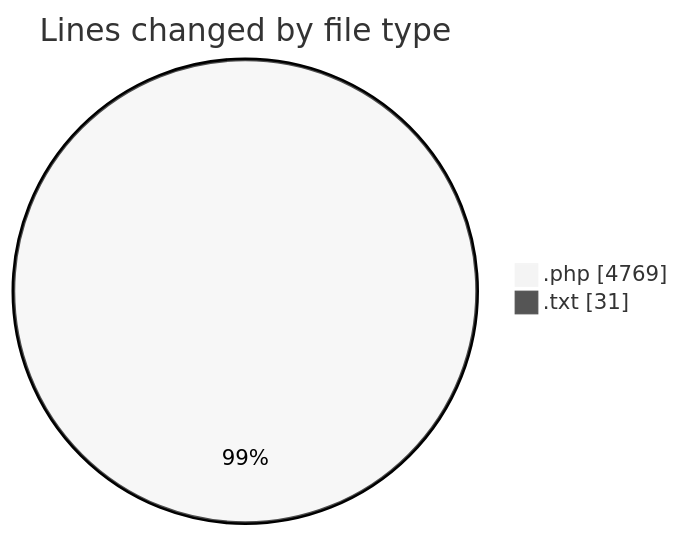
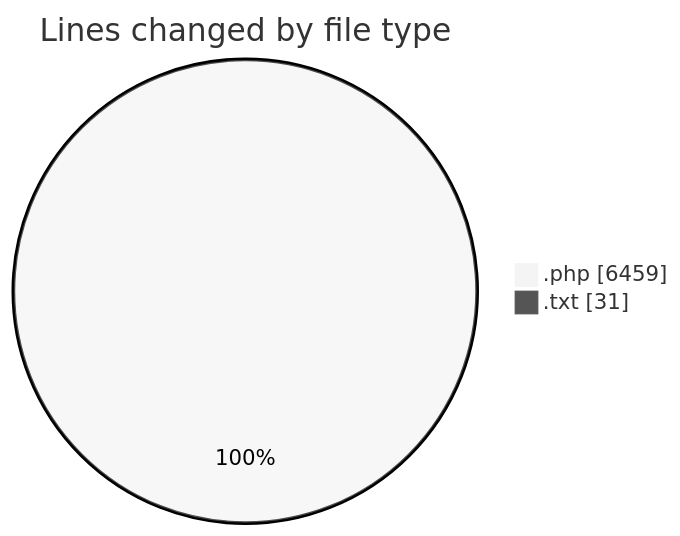
Before and after one commit to debugP/code-tracking: the first of 2 diagrams in 2025-10-17/untitled__workspace_/README.md, drawn with Mermaid (neutral theme). The commit also changed other lines of this file and 1 other file, not shown here.

````diff
--- a/2025-10-17/untitled__workspace_/README.md
+++ b/2025-10-17/untitled__workspace_/README.md
@@ -23,6 +24,6 @@
 ```mermaid
 pie showData
 title Lines changed by file type
-".php" : 4769
+".php" : 6459
 ".txt" : 31
 ```
````
